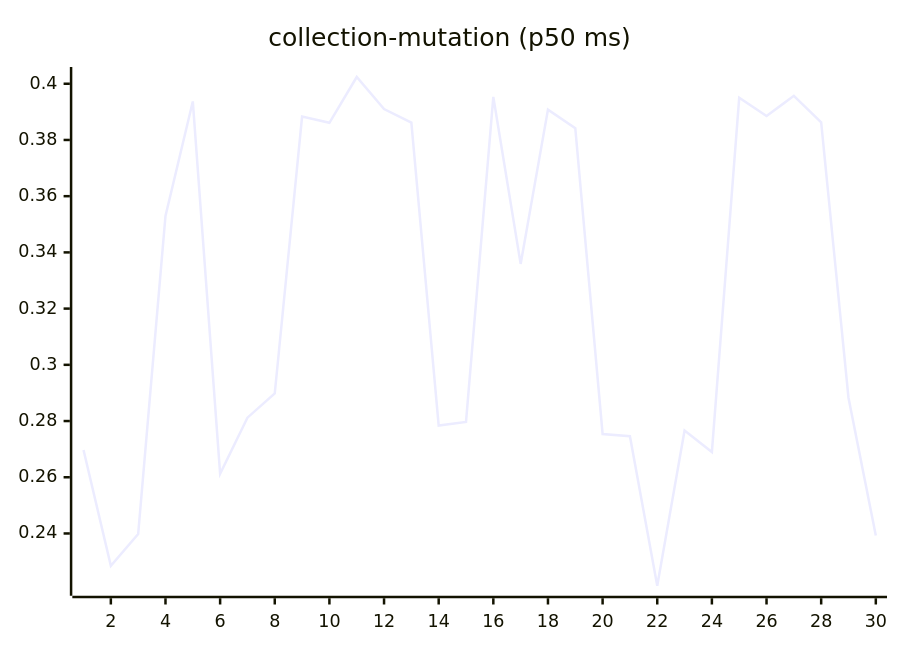
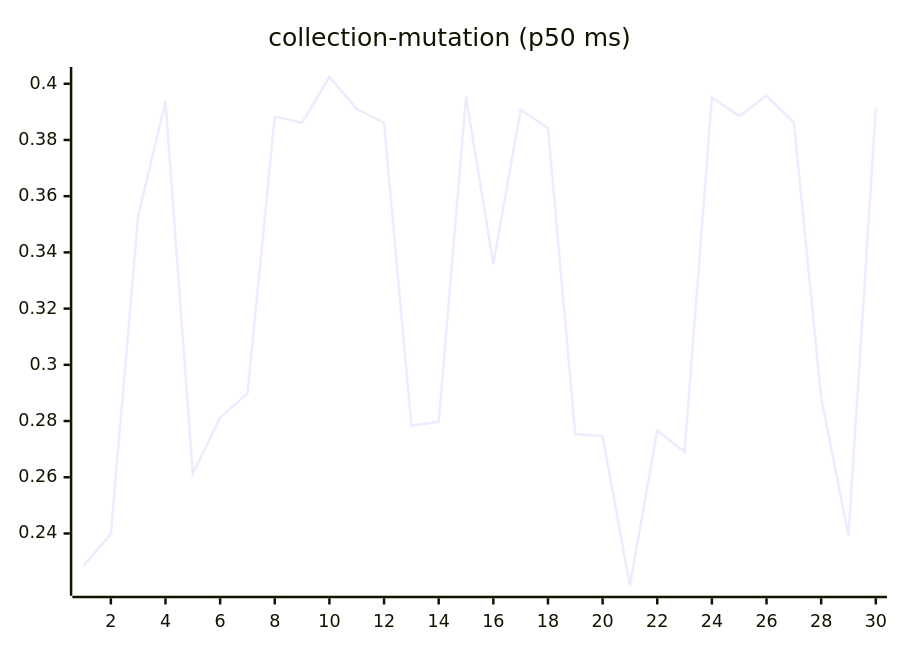
Before and after one commit to josha/Facet: the sixth of 27 diagrams in README.md, drawn with Mermaid. The commit also changed other lines of this file and 2 other files, not shown here.

````diff
--- a/README.md
+++ b/README.md
@@ -98,6 +98,6 @@
 ```mermaid
 xychart-beta
     title "collection-mutation (p50 ms)"
     x-axis 1 --> 30
-    line [0.2697, 0.2285, 0.2398, 0.3530, 0.3937, 0.2612, 0.2812, 0.2898, 0.3883, 0.3861, 0.4024, 0.3910, 0.3862, 0.2784, 0.2797, 0.3953, 0.3359, 0.3908, 0.3842, 0.2754, 0.2746, 0.2214, 0.2766, 0.2690, 0.3950, 0.3885, 0.3957, 0.3863, 0.2883, 0.2393]
+    line [0.2285, 0.2398, 0.3530, 0.3937, 0.2612, 0.2812, 0.2898, 0.3883, 0.3861, 0.4024, 0.3910, 0.3862, 0.2784, 0.2797, 0.3953, 0.3359, 0.3908, 0.3842, 0.2754, 0.2746, 0.2214, 0.2766, 0.2690, 0.3950, 0.3885, 0.3957, 0.3863, 0.2883, 0.2393, 0.3911]
 ```
````
